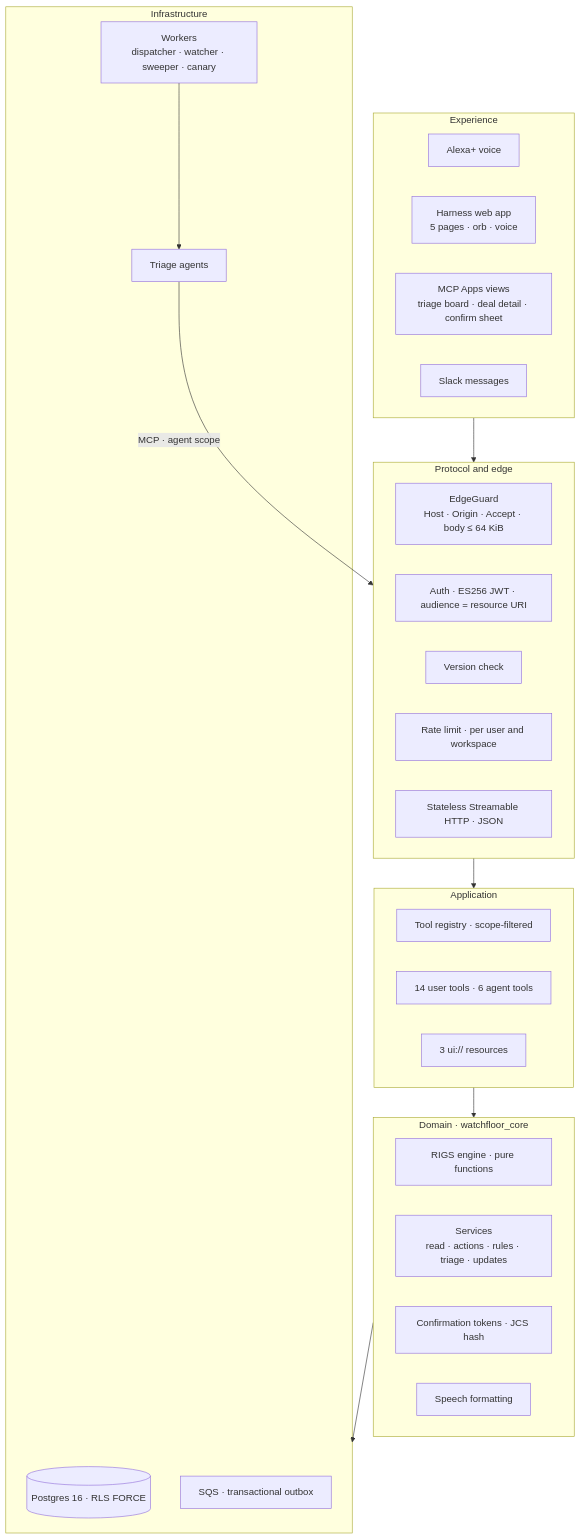
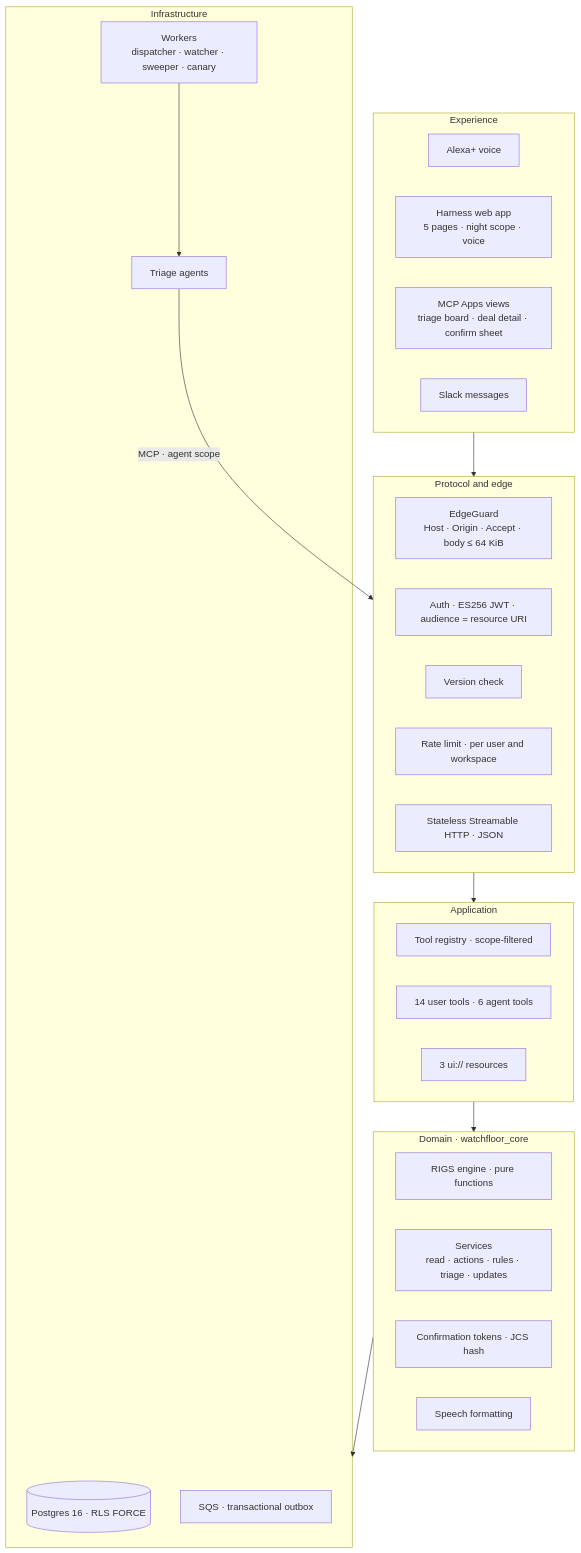
Before and after one commit to BugHunterX2101/watchfloor: the second of 21 diagrams in README.md, drawn with Mermaid. The commit also changed other lines of this file and 20 other files, not shown here.

````diff
--- a/README.md
+++ b/README.md
@@ -191,36 +191,36 @@
 ```mermaid
 flowchart TB
   subgraph L1["Experience"]
     V["Alexa+ voice"]
-    HW["Harness web app<br/>5 pages · orb · voice"]
+    HW["Harness web app<br/>5 pages · night scope · voice"]
     UIV["MCP Apps views<br/>triage board · deal detail · confirm sheet"]
     SK["Slack messages"]
   end
   subgraph L2["Protocol and edge"]
     EG["EdgeGuard<br/>Host · Origin · Accept · body ≤ 64 KiB"]
     AU["Auth · ES256 JWT · audience = resource URI"]
     VR["Version check"]
     RL["Rate limit · per user and workspace"]
     SM["Stateless Streamable HTTP · JSON"]
   end
   subgraph L3["Application"]
     REG["Tool registry · scope-filtered"]
     TL["14 user tools · 6 agent tools"]
     RS["3 ui:// resources"]
   end
   subgraph L4["Domain · watchfloor_core"]
     RIGS["RIGS engine · pure functions"]
     SVC["Services<br/>read · actions · rules · triage · updates"]
     TOK["Confirmation tokens · JCS hash"]
     SPK["Speech formatting"]
   end
   subgraph L5["Infrastructure"]
     DB[("Postgres 16 · RLS FORCE")]
     Q["SQS · transactional outbox"]
     WK["Workers<br/>dispatcher · watcher · sweeper · canary"]
     AG["Triage agents"]
   end
   L1 --> L2 --> L3 --> L4 --> L5
   WK --> AG
   AG -- "MCP · agent scope" --> L2
 ```
````
